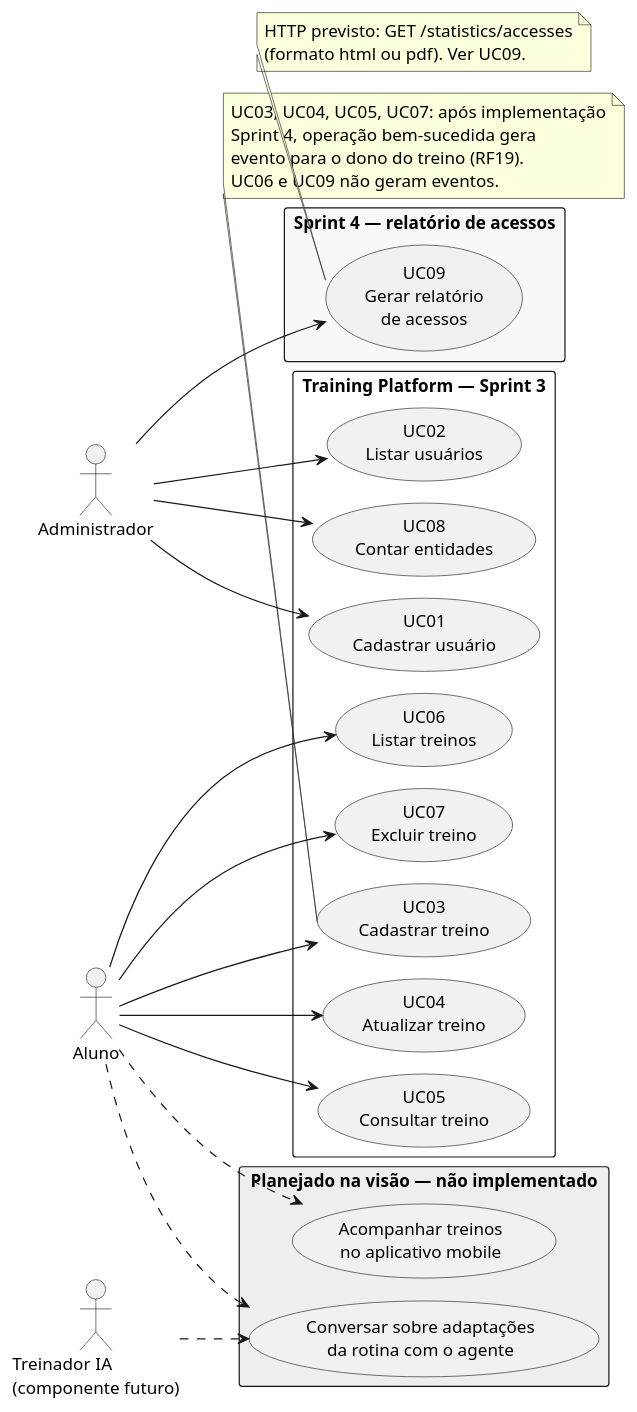
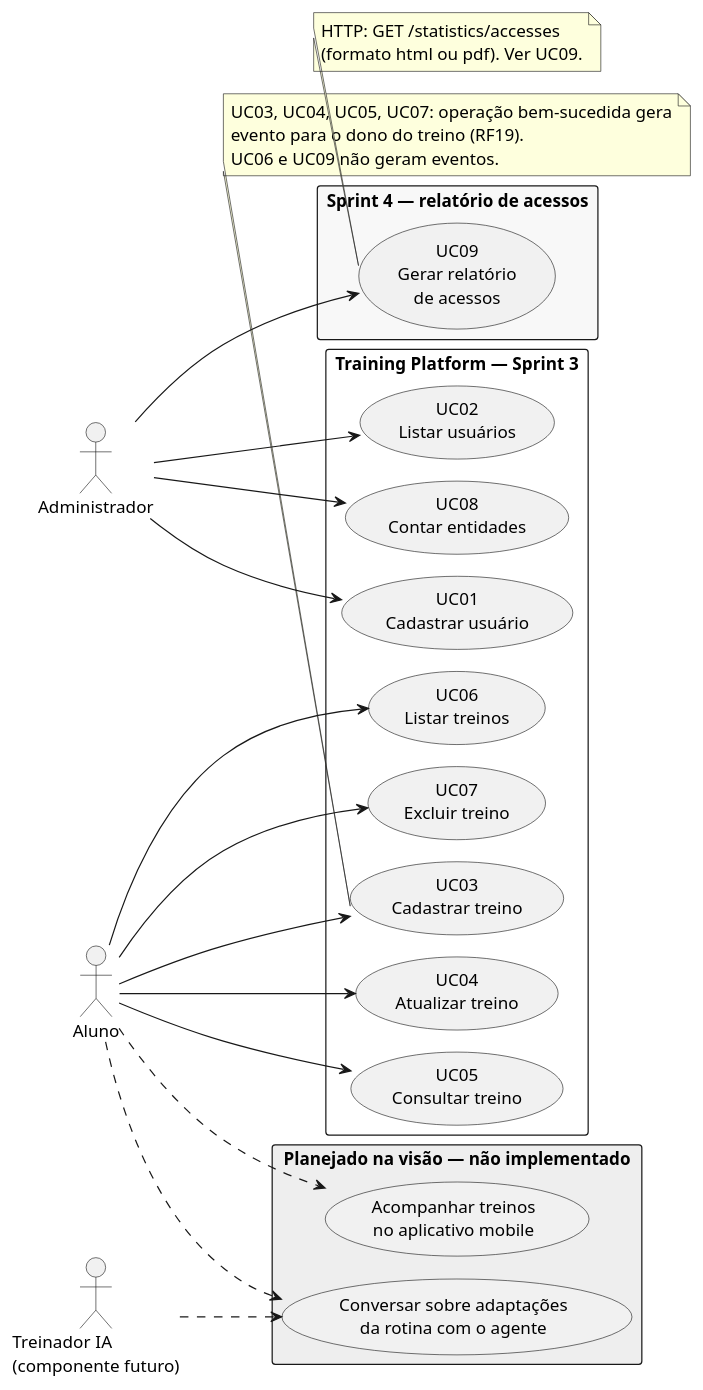
The diagram in docs/diagramas/casos-de-uso-usuarios.puml (Miguelqfs/training-platform), drawn with PlantUML before and after one commit. The commit also changed 24 other files, not shown here.

```diff
--- a/docs/diagramas/casos-de-uso-usuarios.puml
+++ b/docs/diagramas/casos-de-uso-usuarios.puml
@@ -1,49 +1,48 @@
 @startuml
 !pragma layout smetana
 left to right direction
 skinparam packageStyle rectangle
 skinparam defaultFontSize 14
 actor Aluno
 actor Administrador
 actor "Treinador IA\n(componente futuro)" as IA
 
 rectangle "Training Platform — Sprint 3" {
   usecase "UC01\nCadastrar usuário" as UC01
   usecase "UC02\nListar usuários" as UC02
   usecase "UC03\nCadastrar treino" as UC03
   usecase "UC04\nAtualizar treino" as UC04
   usecase "UC05\nConsultar treino" as UC05
   usecase "UC06\nListar treinos" as UC06
   usecase "UC07\nExcluir treino" as UC07
   usecase "UC08\nContar entidades" as UC08
 }
 rectangle "Sprint 4 — relatório de acessos" #F8F8F8 {
   usecase "UC09\nGerar relatório\nde acessos" as UC09
 }
 rectangle "Planejado na visão — não implementado" #EEEEEE {
   usecase "Acompanhar treinos\nno aplicativo mobile" as FutureApp
   usecase "Conversar sobre adaptações\nda rotina com o agente" as FutureIA
 }
 Administrador --> UC01
 Administrador --> UC02
 Administrador --> UC08
 Administrador --> UC09
 Aluno --> UC03
 Aluno --> UC04
 Aluno --> UC05
 Aluno --> UC06
 Aluno --> UC07
 Aluno ..> FutureApp
 Aluno ..> FutureIA
 IA ..> FutureIA
 note bottom of UC03
-  UC03, UC04, UC05, UC07: após implementação
-  Sprint 4, operação bem-sucedida gera
+  UC03, UC04, UC05, UC07: operação bem-sucedida gera
   evento para o dono do treino (RF19).
   UC06 e UC09 não geram eventos.
 end note
 note bottom of UC09
-  HTTP previsto: GET /statistics/accesses
+  HTTP: GET /statistics/accesses
   (formato html ou pdf). Ver UC09.
 end note
 @enduml
```
